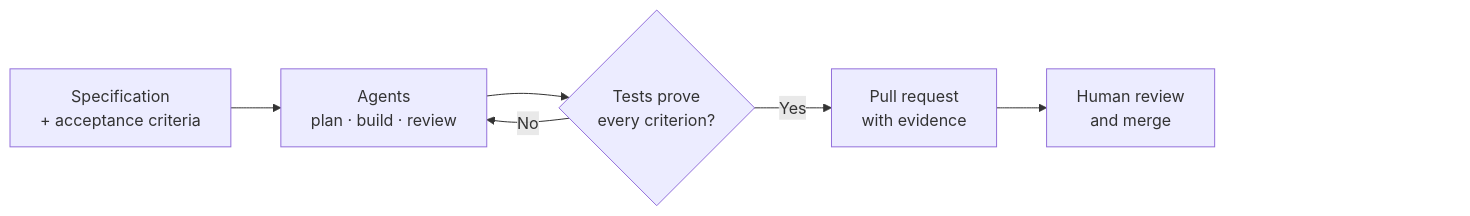
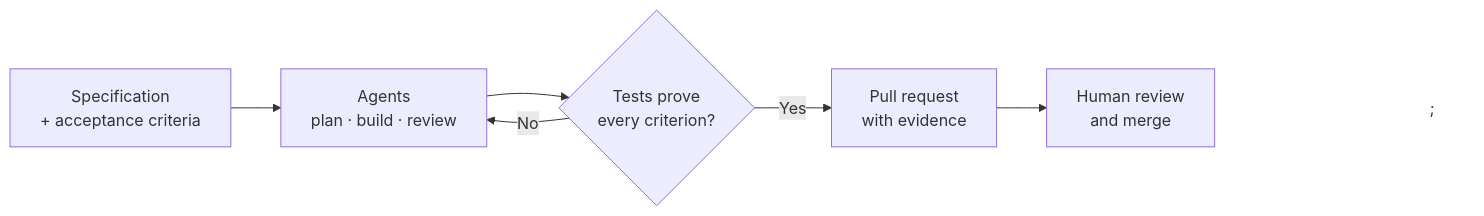
The diagram in README.md (kelvvinn/copilot-engineering-factory), drawn with Mermaid before and after one commit. The commit also changed other lines of this file and 1 other file, not shown here.

````diff
--- a/README.md
+++ b/README.md
@@ -7,11 +7,11 @@
 ```mermaid
 flowchart LR
     A["Specification<br/>+ acceptance criteria"] --> B["Agents<br/>plan · build · review"]
     B --> C{"Tests prove<br/>every criterion?"}
     C -- No --> B
     C -- Yes --> D["Pull request<br/>with evidence"]
     D --> E["Human review<br/>and merge"]
     %% Invisible spacer keeps GitHub's zoom controls clear of the diagram
-    E ~~~ spacer["&nbsp;&nbsp;&nbsp;&nbsp;&nbsp;&nbsp;&nbsp;&nbsp;&nbsp;&nbsp;&nbsp;&nbsp;&nbsp;&nbsp;&nbsp;&nbsp;&nbsp;&nbsp;&nbsp;&nbsp;&nbsp;&nbsp;&nbsp;&nbsp;&nbsp;&nbsp;&nbsp;&nbsp;&nbsp;&nbsp;"]
+    E ~~~ spacer["&nbsp;&nbsp;&nbsp;&nbsp;&nbsp;&nbsp;&nbsp;&nbsp;&nbsp;&nbsp;&nbsp;&nbsp;&nbsp;&nbsp;&nbsp;&nbsp;&nbsp;&nbsp;&nbsp;&nbsp;&nbsp;&nbsp;&nbsp;&nbsp;&nbsp;&nbsp;&nbsp;&nbsp;&nbsp;&nbsp;;&nbsp;&nbsp;"]
     style spacer fill:none,stroke:none
 ```
````
